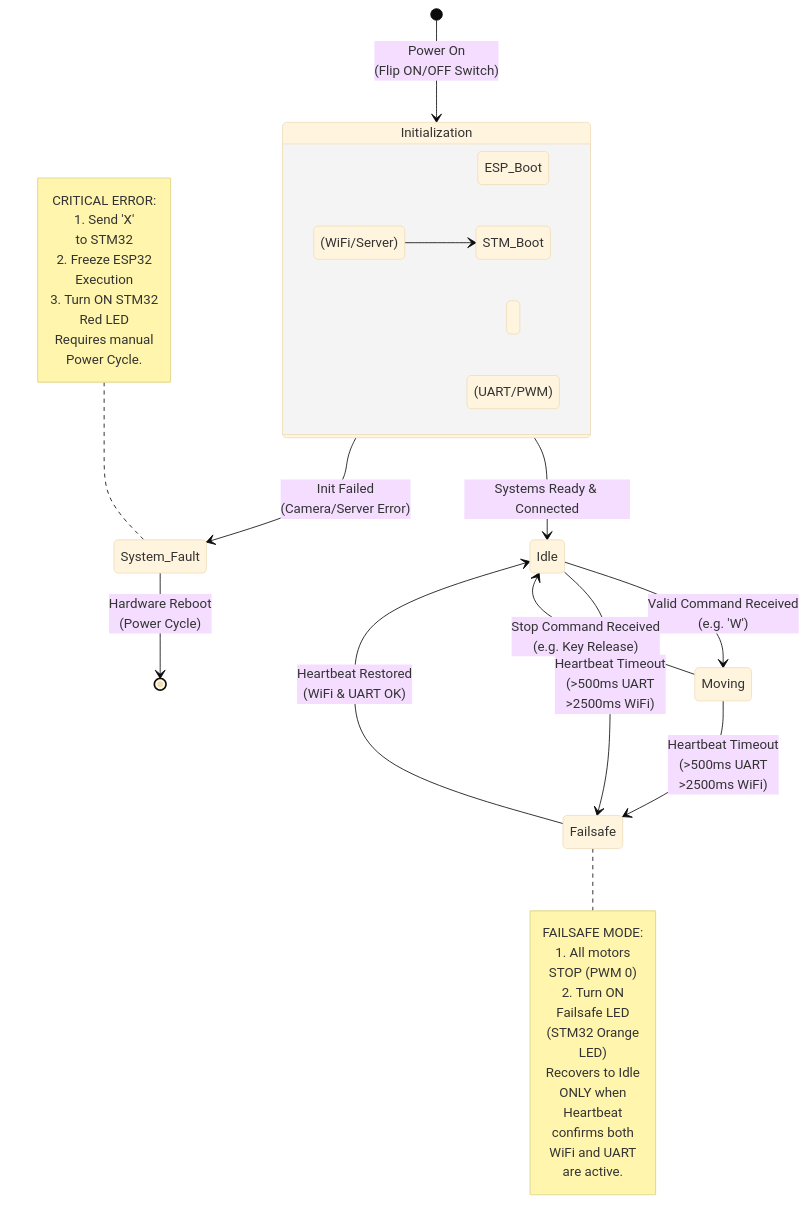
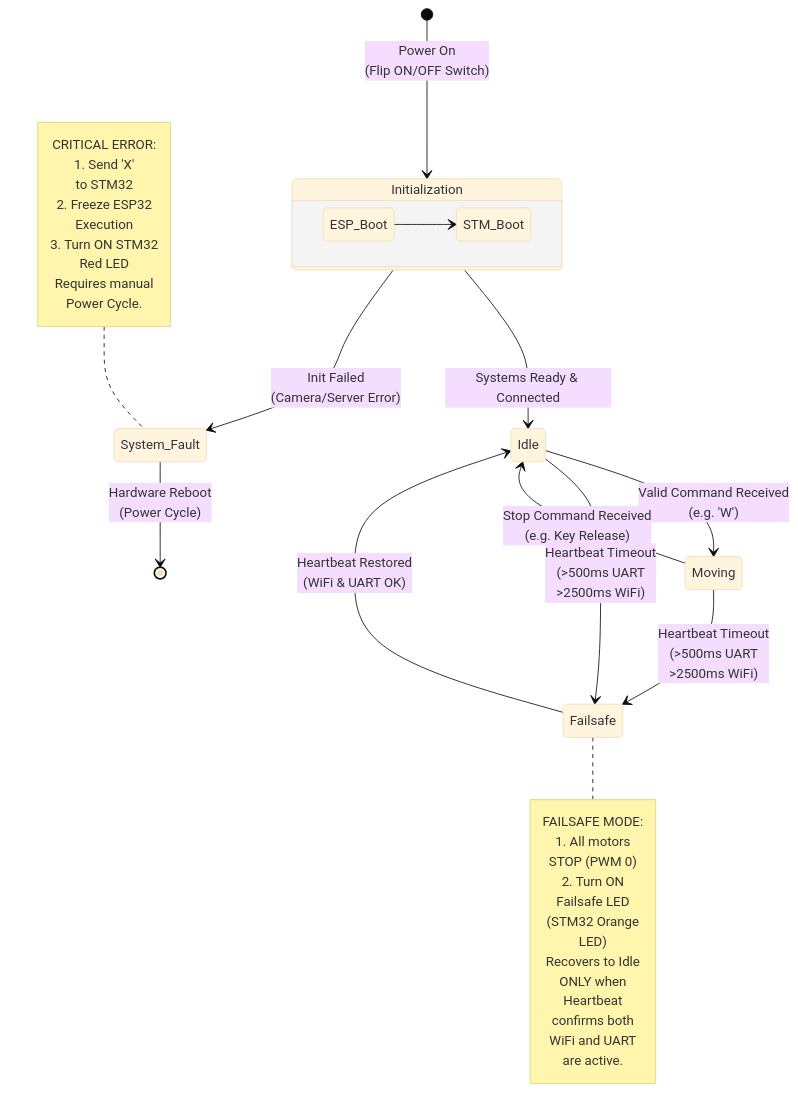
Before and after one commit to paulantofe/D.A.R.T.: the third of 3 diagrams in README.md, drawn with Mermaid (base theme).

Commit message:
docs: remove HTML line breaks from state diagram

````diff
--- a/README.md
+++ b/README.md
@@ -140,37 +140,37 @@
 ```mermaid
 stateDiagram-v2
     [*] --> Initialization : Power On <br> (Flip ON/OFF Switch)
     
     state Initialization {
         direction LR
-        ESP_Boot <br> (WiFi/Server) --> STM_Boot <br> (UART/PWM)
+        ESP_Boot --> STM_Boot
     }
 
     Initialization --> Idle : Systems Ready & Connected
     Initialization --> System_Fault : Init Failed <br> (Camera/Server Error)
 
     Idle --> Moving : Valid Command Received <br> (e.g. 'W')
     Moving --> Idle : Stop Command Received <br> (e.g. Key Release)
 
     Moving --> Failsafe : Heartbeat Timeout <br>  (>500ms UART <br>  >2500ms WiFi)
     Idle --> Failsafe : Heartbeat Timeout <br>  (>500ms UART <br>  >2500ms WiFi)
 
     Failsafe --> Idle : Heartbeat Restored <br> (WiFi & UART OK)
     System_Fault --> [*] : Hardware Reboot <br> (Power Cycle)
 
     note left of System_Fault
         CRITICAL ERROR:
         1. Send 'X'  <br> to STM32
         2. Freeze ESP32  <br> Execution
         3. Turn ON STM32 <br>  Red LED
         Requires manual  <br> Power Cycle.
     end note
 
     note right of Failsafe
         FAILSAFE MODE:
         1. All motors <br> STOP (PWM 0)
         2. Turn ON  <br> Failsafe LED  <br> (STM32 Orange <br>  LED)
         Recovers to Idle  <br> ONLY when <br>  Heartbeat 
         confirms both  <br> WiFi and UART <br>  are active.
     end note
 ```
````
